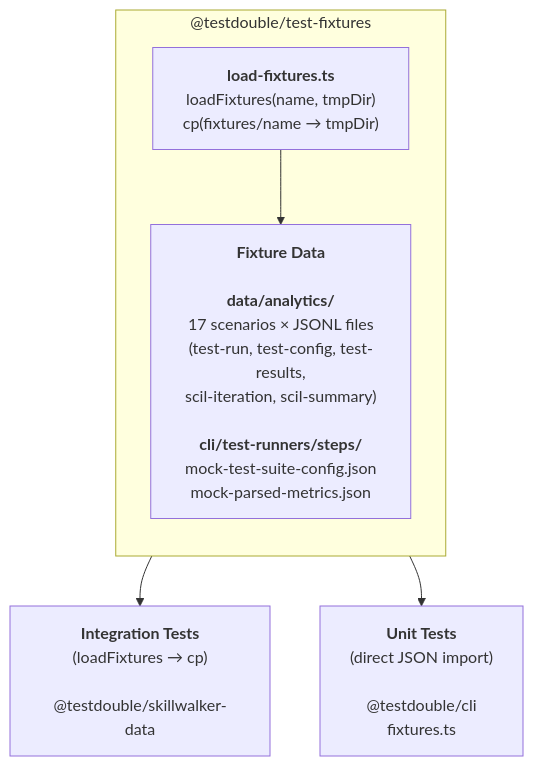
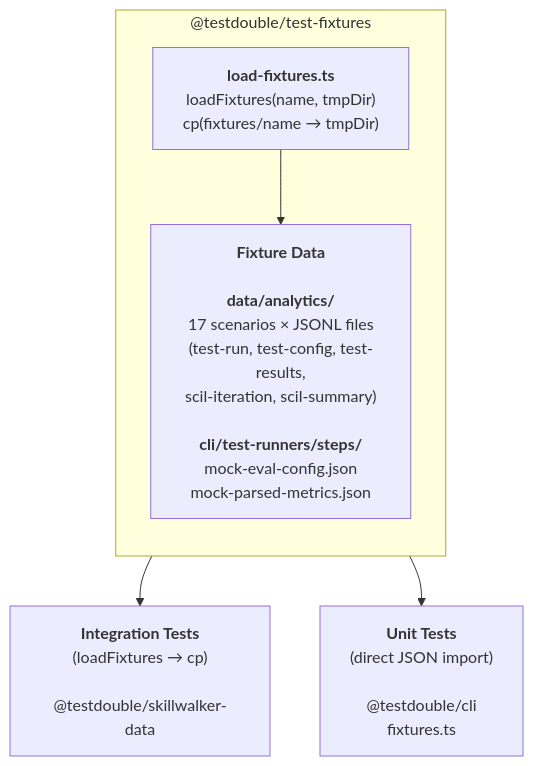
The diagram in docs/test-fixtures.md (testdouble/skills-test-harness), drawn with Mermaid before and after one commit. The commit also changed other lines of this file and 432 other files, not shown here.

````diff
--- a/docs/test-fixtures.md
+++ b/docs/test-fixtures.md
@@ -26,16 +26,16 @@
 ```mermaid
 flowchart TB
     subgraph pkg["@testdouble/test-fixtures"]
         direction TB
         loader["<b>load-fixtures.ts</b><br>loadFixtures(name, tmpDir)<br>cp(fixtures/name → tmpDir)"]
-        fixtures["<b>Fixture Data</b><br><br><b>data/analytics/</b><br>17 scenarios × JSONL files<br>(test-run, test-config, test-results,<br>scil-iteration, scil-summary)<br><br><b>cli/test-runners/steps/</b><br>mock-test-suite-config.json<br>mock-parsed-metrics.json"]
+        fixtures["<b>Fixture Data</b><br><br><b>data/analytics/</b><br>17 scenarios × JSONL files<br>(test-run, test-config, test-results,<br>scil-iteration, scil-summary)<br><br><b>cli/test-runners/steps/</b><br>mock-eval-config.json<br>mock-parsed-metrics.json"]
 
         loader --> fixtures
     end
 
     integration["<b>Integration Tests</b><br>(loadFixtures → cp)<br><br>@testdouble/skillwalker-data"]
     unit["<b>Unit Tests</b><br>(direct JSON import)<br><br>@testdouble/cli<br>fixtures.ts"]
 
     pkg --> integration
     pkg --> unit
 ```
````
